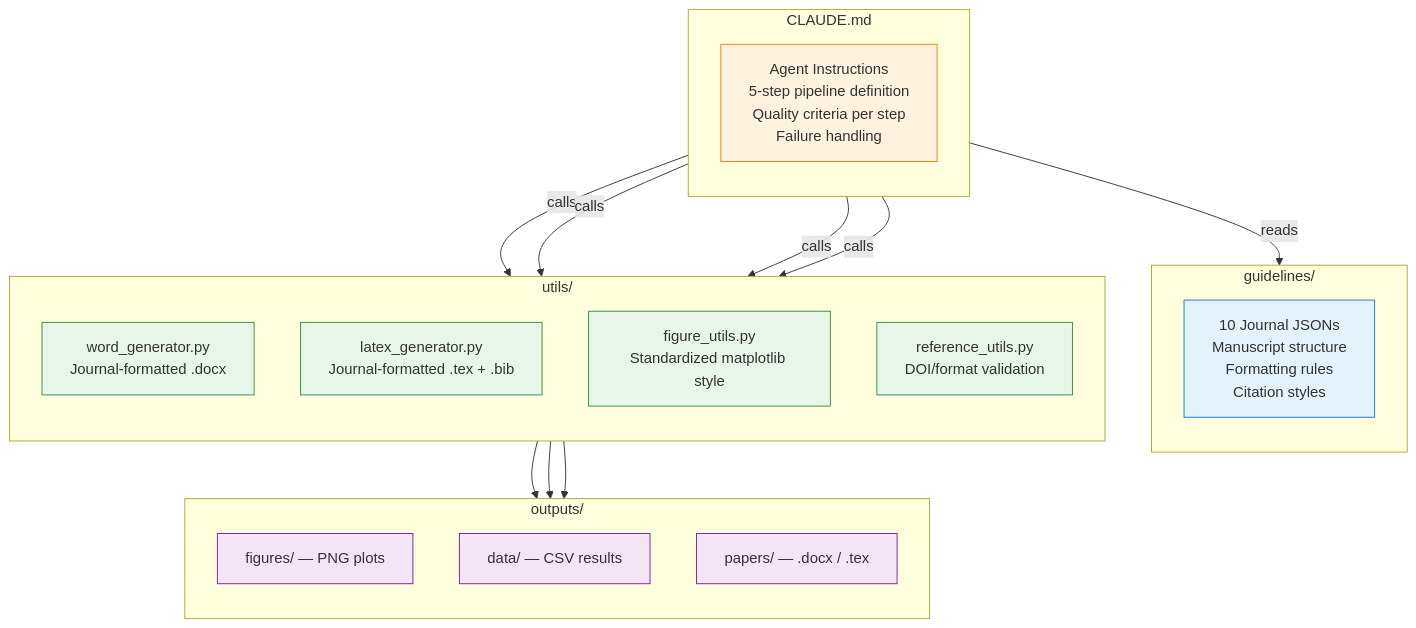
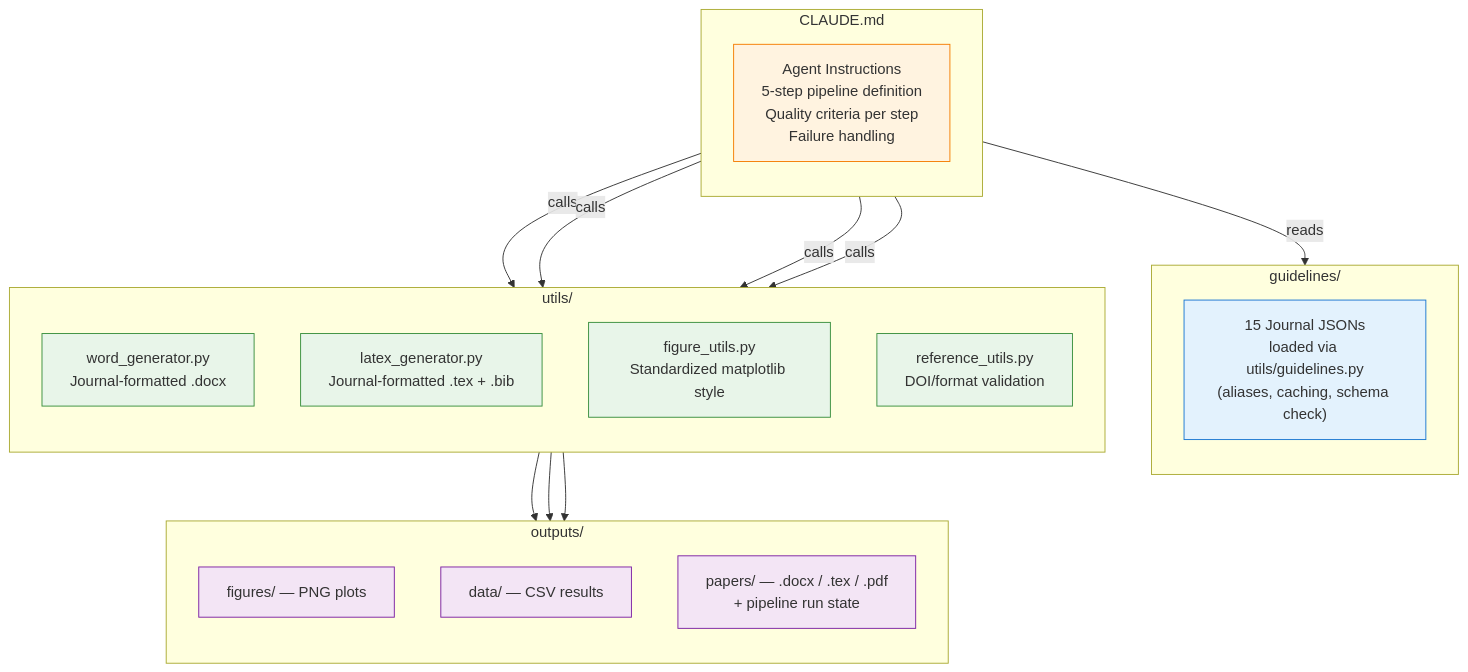
The second of 3 diagrams in README.md (concrete-sangminlee/paperfactory), drawn with Mermaid before and after one commit. The commit also changed other lines of this file and 86 other files, not shown here.

````diff
--- a/README.md
+++ b/README.md
@@ -184,46 +189,46 @@
 ```mermaid
 graph TB
     subgraph "CLAUDE.md"
         direction TB
         A["Agent Instructions\n5-step pipeline definition\nQuality criteria per step\nFailure handling"]
     end
 
     subgraph "guidelines/"
         direction TB
-        B["10 Journal JSONs\nManuscript structure\nFormatting rules\nCitation styles"]
+        B["15 Journal JSONs\nloaded via utils/guidelines.py\n(aliases, caching, schema check)"]
     end
 
     subgraph "utils/"
         direction TB
         C["word_generator.py\nJournal-formatted .docx"]
         D["latex_generator.py\nJournal-formatted .tex + .bib"]
         E["figure_utils.py\nStandardized matplotlib style"]
         F["reference_utils.py\nDOI/format validation"]
     end
 
     subgraph "outputs/"
         direction TB
         G["figures/ — PNG plots"]
         H["data/ — CSV results"]
-        I["papers/ — .docx / .tex"]
+        I["papers/ — .docx / .tex / .pdf\n+ pipeline run state"]
     end
 
     A --> |reads| B
     A --> |calls| C
     A --> |calls| D
     A --> |calls| E
     A --> |calls| F
     C --> I
     D --> I
     E --> G
 
     style A fill:#FFF3E0,stroke:#F57C00
     style B fill:#E3F2FD,stroke:#1976D2
     style C fill:#E8F5E9,stroke:#388E3C
     style D fill:#E8F5E9,stroke:#388E3C
     style E fill:#E8F5E9,stroke:#388E3C
     style F fill:#E8F5E9,stroke:#388E3C
     style G fill:#F3E5F5,stroke:#7B1FA2
     style H fill:#F3E5F5,stroke:#7B1FA2
     style I fill:#F3E5F5,stroke:#7B1FA2
 ```
````
